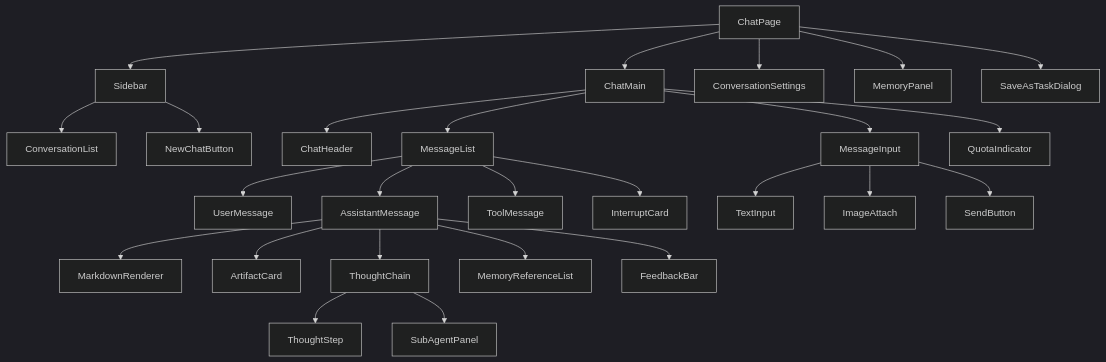
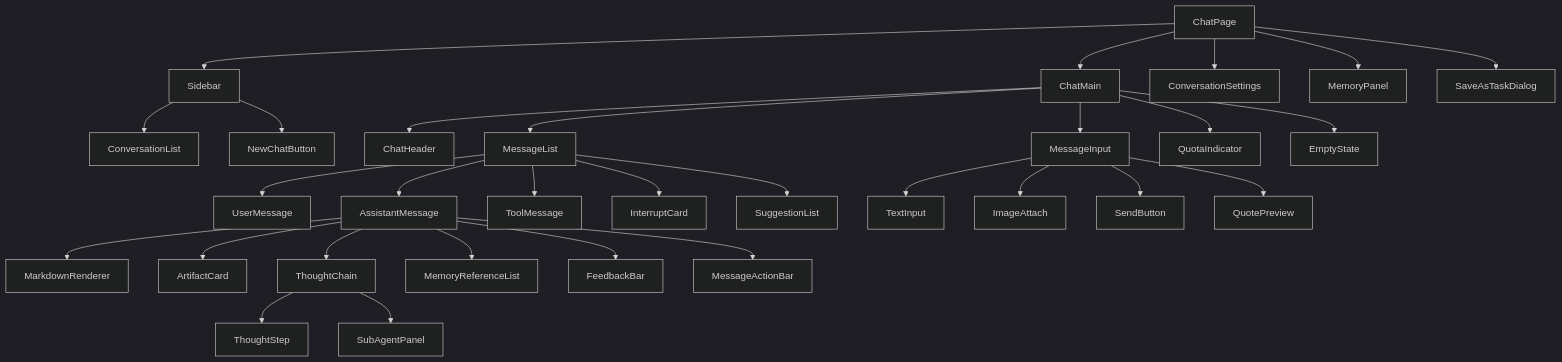
One commit to earthy-zinc/dehaze-system changed the first of 2 diagrams in dehaze-doc/docs/03-模块设计/核心模块/AI对话/前端实现.md. Above: the diagram before and after it, drawn with Mermaid (dark theme). The commit also changed other lines of this file and 126 other files, not shown here.

````diff
--- a/dehaze-doc/docs/03-模块设计/核心模块/AI对话/前端实现.md
+++ b/dehaze-doc/docs/03-模块设计/核心模块/AI对话/前端实现.md
@@ -11,28 +11,32 @@
 ```mermaid
 flowchart TD
     ChatPage --> Sidebar
     ChatPage --> ChatMain
     Sidebar --> ConversationList
     Sidebar --> NewChatButton
     ChatMain --> ChatHeader
     ChatMain --> MessageList
     ChatMain --> MessageInput
     ChatMain --> QuotaIndicator
+    ChatMain --> EmptyState
     MessageList --> UserMessage
     MessageList --> AssistantMessage
     MessageList --> ToolMessage
     MessageList --> InterruptCard
+    MessageList --> SuggestionList
     AssistantMessage --> MarkdownRenderer
     AssistantMessage --> ArtifactCard
     AssistantMessage --> ThoughtChain
     AssistantMessage --> MemoryReferenceList
     AssistantMessage --> FeedbackBar
+    AssistantMessage --> MessageActionBar
     ThoughtChain --> ThoughtStep
     ThoughtChain --> SubAgentPanel
     MessageInput --> TextInput
     MessageInput --> ImageAttach
     MessageInput --> SendButton
+    MessageInput --> QuotePreview
     ChatPage --> ConversationSettings
     ChatPage --> MemoryPanel
     ChatPage --> SaveAsTaskDialog
 ```
````
